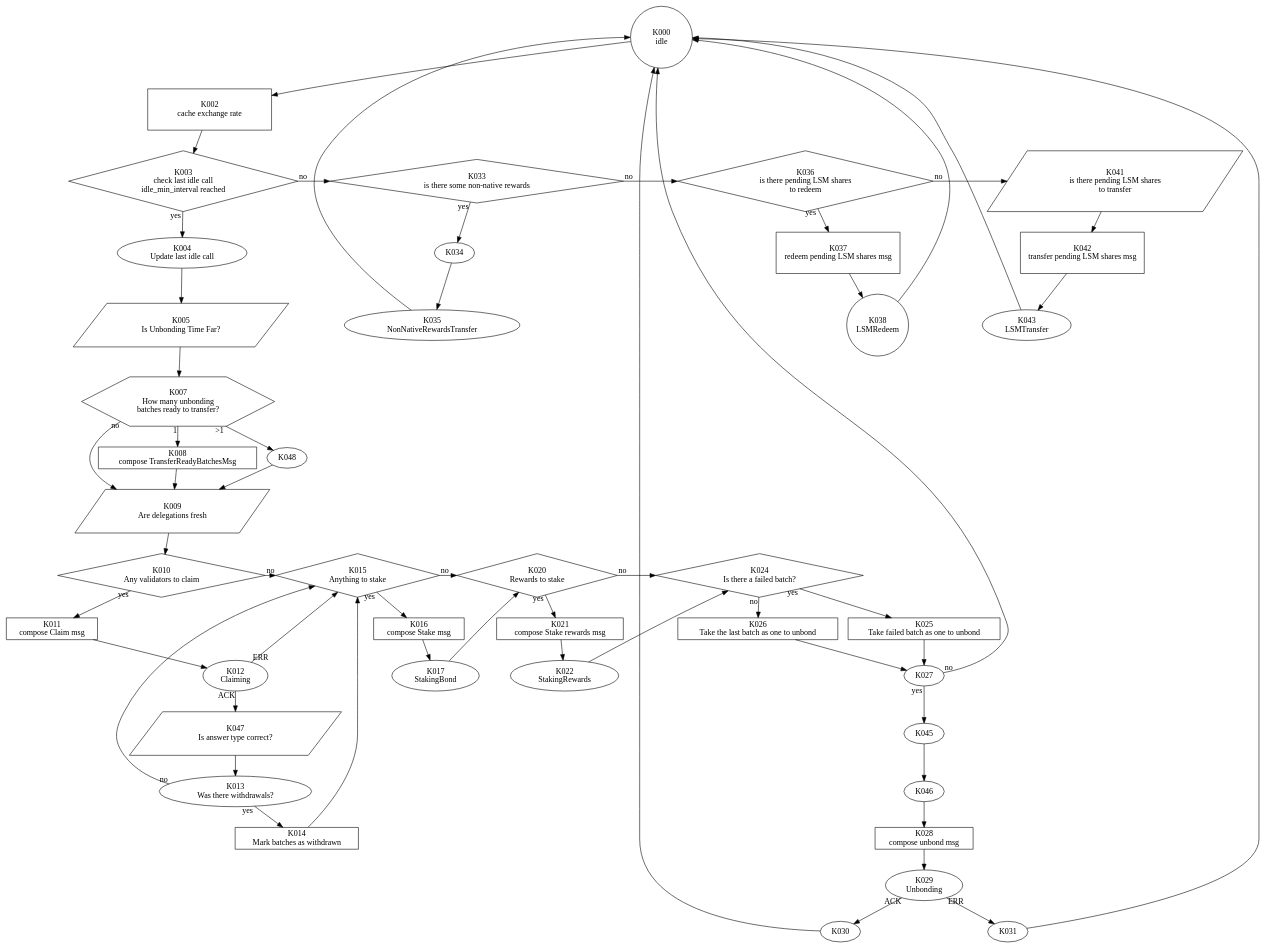
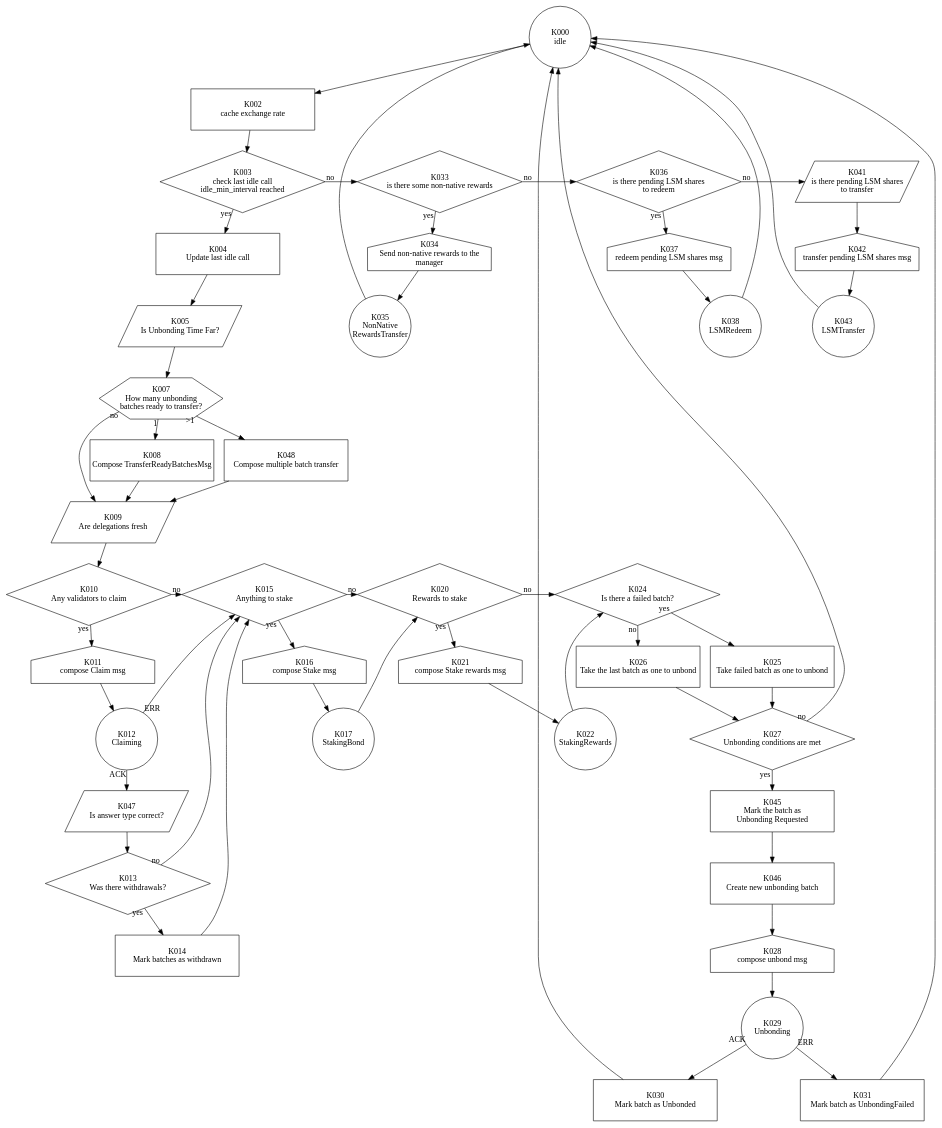
Before and after one commit to hadronlabs-org/drop-contracts: the diagram in graph.gv, drawn with Graphviz.

Commit message:
more graph prettifying

```diff
--- a/graph.gv
+++ b/graph.gv
@@ -1,60 +1,230 @@
 digraph G {
     layout=dot;
-    rankdir=TB;  // Top to Bottom direction
+    rankdir=TB;
 
-    // Define individual ranks for the specific lines
     {
         rank=same;
-        K000 [label = "K000\nidle", shape=circle, fixedsize=true, width=1.5, height=1.5];
+        K000 [
+            label = "K000\nidle",
+            shape=circle, fixedsize=true, width=1.5, height=1.5
+        ];
     }
 
     {
         rank=same;
-        K002 [label = "K002\ncache exchange rate", shape=box, fixedsize=true, width=3, height=1];
+        K002 [
+            label = "K002\ncache exchange rate",
+            shape=box, fixedsize=true, width=3, height=1
+        ];
     }
 
     {
         rank=same;
-        K003 [label = "K003\ncheck last idle call\nidle_min_interval reached", shape=diamond];
-        K033 [label = "K033\nis there some non-native rewards", shape=diamond];
-        K036 [label = "K036\nis there pending LSM shares\nto redeem", shape=diamond];
-        K041 [label = "K041\nis there pending LSM shares\nto transfer", shape=polygon, sides=4, skew=.4];
+        K003 [
+            label = "K003\ncheck last idle call\nidle_min_interval reached",
+            shape=diamond, fixedsize=true, width=4, height=1.5
+        ];
+        K033 [
+            label = "K033\nis there some non-native rewards",
+            shape=diamond, fixedsize=true, width=4, height=1.5
+        ];
+        K036 [
+            label = "K036\nis there pending LSM shares\nto redeem",
+            shape=diamond, fixedsize=true, width=4, height=1.5
+        ];
+        K041 [
+            label = "K041\nis there pending LSM shares\nto transfer",
+            shape=polygon, sides=4, skew=.4, fixedsize=true, width=3, height=1
+        ];
     }
 
     {
         rank=same;
-        K010 [label = "K010\nAny validators to claim", shape=diamond];
-        K015 [label = "K015\nAnything to stake", shape=diamond];
-        K020 [label = "K020\nRewards to stake", shape=diamond];
-        K024 [label = "K024\nIs there a failed batch?", shape=diamond];
+        K004 [
+            label = "K004\nUpdate last idle call",
+            shape=box, fixedsize=true, width=3, height=1
+        ];
+        K034 [
+            label = "K034\nSend non-native rewards to the\nmanager",
+            shape=house, fixedsize=true, width=3, height=1
+        ];
+        K037 [
+            label = "K037\nredeem pending LSM shares msg",
+            shape=house, fixedsize=true, width=3, height=1
+        ];
+        K042 [
+            label = "K042\ntransfer pending LSM shares msg",
+            shape=house, fixedsize=true, width=3, height=1
+        ];
     }
+
     {
         rank=same;
-    K011 [label = "K011\ncompose Claim msg", shape=box];
-    K016 [label = "K016\ncompose Stake msg", shape=box];
-    K021 [label = "K021\ncompose Stake rewards msg", shape=box];
+        K005 [
+            label = "K005\nIs Unbonding Time Far?",
+            shape=polygon, sides=4, skew=.4, fixedsize=true, width=3, height=1
+        ];
+        K035 [
+            label = "K035\nNonNative\nRewardsTransfer",
+            shape=circle, fixedsize=true, width=1.5, height=1.5
+        ];
+        K038 [
+            label = "K038\nLSMRedeem",
+            shape=circle, fixedsize=true, width=1.5, height=1.5
+        ];
+        K043 [
+            label = "K043\nLSMTransfer",
+            shape=circle, fixedsize=true, width=1.5, height=1.5
+        ];
     }
-    // The rest of the nodes
-    K004 [label = "K004\nUpdate last idle call"];
-    K005 [label = "K005\nIs Unbonding Time Far?", shape=polygon, sides=4, skew=.4];
-    K007 [label = "K007\nHow many unbonding\nbatches ready to transfer?", shape=hexagon];
-    K008 [label = "K008\ncompose TransferReadyBatchesMsg", shape=box];
-    K009 [label = "K009\nAre delegations fresh", shape=polygon, sides=4, skew=.4];
-    K012 [label = "K012\nClaiming"];
-    K013 [label = "K013\nWas there withdrawals?"];
-    K014 [label = "K014\nMark batches as withdrawn", shape=box];
-    K017 [label = "K017\nStakingBond"];
-    K022 [label = "K022\nStakingRewards"];
-    K025 [label = "K025\nTake failed batch as one to unbond", shape=box];
-    K026 [label = "K026\nTake the last batch as one to unbond", shape=box];
-    K028 [label = "K028\ncompose unbond msg", shape=box];
-    K029 [label = "K029\nUnbonding"];
-    K035 [label = "K035\nNonNativeRewardsTransfer"];
-    K037 [label = "K037\nredeem pending LSM shares msg", shape=box, fixedsize=true, width=3, height=1];
-    K038 [label = "K038\nLSMRedeem", shape=circle, fixedsize=true, width=1.5, height=1.5];
-    K042 [label = "K042\ntransfer pending LSM shares msg", shape=box, fixedsize=true, width=3, height=1];
-    K043 [label = "K043\nLSMTransfer"];
-    K047 [label = "K047\nIs answer type correct?", shape=polygon, sides=4, skew=.4];
+
+    {
+        rank=same;
+        K007 [
+            label = "K007\nHow many unbonding\nbatches ready to transfer?",
+            shape=hexagon, fixedsize=true, width=3, height=1
+        ];
+    }
+
+    {
+        rank=same;
+        K008 [
+            label = "K008\nCompose TransferReadyBatchesMsg",
+            shape=box, fixedsize=true, width=3, height=1
+        ];
+        K048 [
+            label = "K048\nCompose multiple batch transfer",
+            shape=box, fixedsize=true, width=3, height=1
+        ];
+    }
+
+    {
+        rank=same;
+        K009 [
+            label = "K009\nAre delegations fresh",
+            shape=polygon, sides=4, skew=.4, fixedsize=true, width=3, height=1
+        ];
+    }
+
+    {
+        rank=same;
+        K010 [
+            label = "K010\nAny validators to claim",
+            shape=diamond, fixedsize=true, width=4, height=1.5
+        ];
+        K015 [
+            label = "K015\nAnything to stake",
+            shape=diamond, fixedsize=true, width=4, height=1.5
+        ];
+        K020 [
+            label = "K020\nRewards to stake",
+            shape=diamond, fixedsize=true, width=4, height=1.5
+        ];
+        K024 [
+            label = "K024\nIs there a failed batch?",
+            shape=diamond, fixedsize=true, width=4, height=1.5
+        ];
+    }
+
+    {
+        rank=same;
+        K011 [
+            label = "K011\ncompose Claim msg",
+            shape=house, fixedsize=true, width=3, height=1
+        ];
+        K016 [
+            label = "K016\ncompose Stake msg",
+            shape=house, fixedsize=true, width=3, height=1
+        ];
+        K021 [
+            label = "K021\ncompose Stake rewards msg",
+            shape=house, fixedsize=true, width=3, height=1
+        ];
+        K025 [
+            label = "K025\nTake failed batch as one to unbond",
+            shape=box, fixedsize=true, width=3, height=1
+        ];
+        K026 [
+            label = "K026\nTake the last batch as one to unbond",
+            shape=box, fixedsize=true, width=3, height=1
+        ];
+    }
+
+    {
+        rank=same;
+        K012 [
+            label = "K012\nClaiming",
+            shape=circle, fixedsize=true, width=1.5, height=1.5
+        ];
+        K017 [
+            label = "K017\nStakingBond",
+            shape=circle, fixedsize=true, width=1.5, height=1.5
+        ];
+        K022 [
+            label = "K022\nStakingRewards",
+            shape=circle, fixedsize=true, width=1.5, height=1.5
+        ];
+        K027 [
+            label = "K027\nUnbonding conditions are met",
+            shape=diamond, fixedsize=true, width=4, height=1.5
+        ];
+    }
+
+    {
+        rank=same;
+        K047 [
+            label = "K047\nIs answer type correct?",
+            shape=polygon, sides=4, skew=.4, fixedsize=true, width=3, height=1
+        ];
+        K045 [
+            label = "K045\nMark the batch as\nUnbonding Requested",
+            shape=box, fixedsize=true, width=3, height=1
+        ];
+    }
+
+    {
+        rank=same;
+        K013 [
+            label = "K013\nWas there withdrawals?",
+            shape=diamond, fixedsize=true, width=4, height=1.5
+        ];
+        K046 [
+            label = "K046\nCreate new unbonding batch",
+            shape=box, fixedsize=true, width=3, height=1
+        ];
+    }
+
+    {
+        rank=same;
+        K014 [
+            label = "K014\nMark batches as withdrawn",
+            shape=box, fixedsize=true, width=3, height=1
+        ];
+        K028 [
+            label = "K028\ncompose unbond msg",
+            shape=house, fixedsize=true, width=3, height=1
+        ];
+    }
+
+    {
+        rank=same;
+        K029 [
+            label = "K029\nUnbonding",
+            shape=circle, fixedsize=true, width=1.5, height=1.5
+        ];
+    }
+
+    {
+        rank=same;
+        K030 [
+            label = "K030\nMark batch as Unbonded",
+            shape=box, fixedsize=true, width=3, height=1
+        ];
+        K031 [
+            label = "K031\nMark batch as UnbondingFailed",
+            shape=box, fixedsize=true, width=3, height=1
+        ];
+    }
 
     K000 -> K002;
     K002 -> K003;
```
